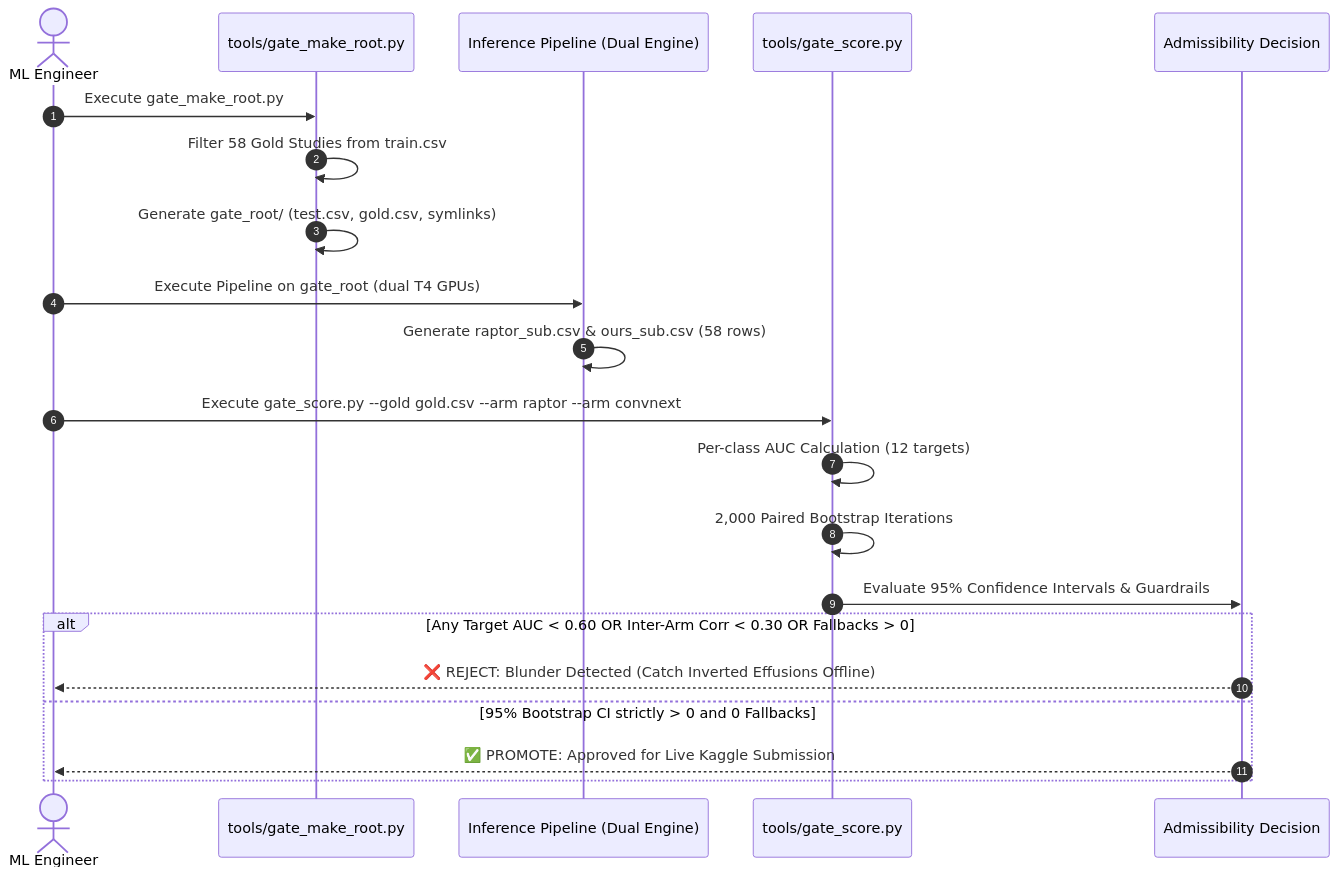
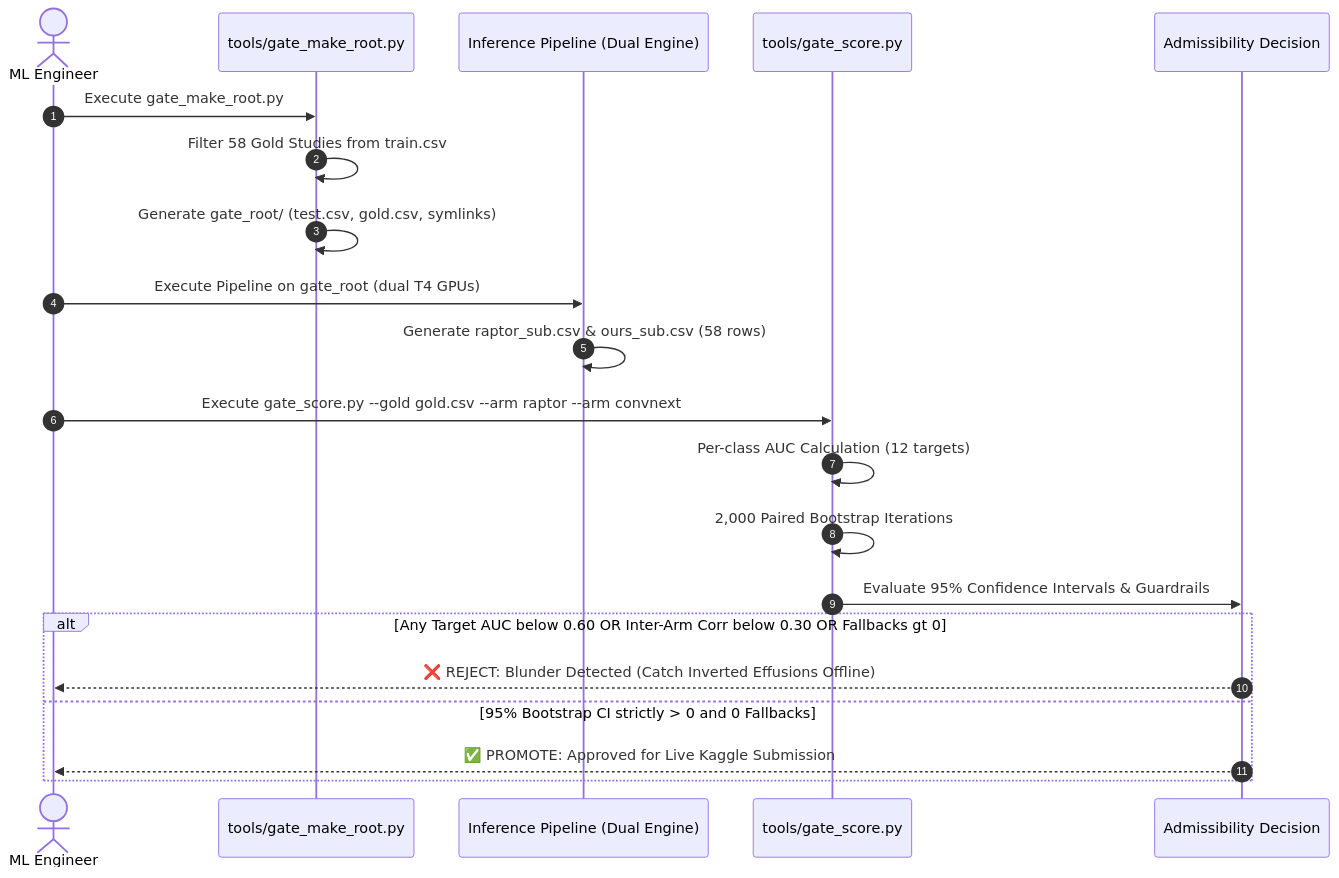
One commit to CYRUS-pinto/rsna-knee-26 changed the diagram in README.md. Above: the diagram before and after it, drawn with Mermaid. The commit also changed other lines of this file and 5 other files, not shown here.

Commit message:
fix(readme): embed svg architecture visualizer, sanitize mermaid syntax, and add companion docs for tools and v13

````diff
--- a/README.md
+++ b/README.md
@@ -162,24 +148,24 @@
 ```mermaid
 sequenceDiagram
     autonumber
     actor Dev as ML Engineer
     participant Root as tools/gate_make_root.py
     participant Pipe as Inference Pipeline (Dual Engine)
     participant Scorer as tools/gate_score.py
     participant Gate as Admissibility Decision
 
     Dev->>Root: Execute gate_make_root.py
     Root->>Root: Filter 58 Gold Studies from train.csv
     Root->>Root: Generate gate_root/ (test.csv, gold.csv, symlinks)
     Dev->>Pipe: Execute Pipeline on gate_root (dual T4 GPUs)
     Pipe->>Pipe: Generate raptor_sub.csv & ours_sub.csv (58 rows)
     Dev->>Scorer: Execute gate_score.py --gold gold.csv --arm raptor --arm convnext
     Scorer->>Scorer: Per-class AUC Calculation (12 targets)
     Scorer->>Scorer: 2,000 Paired Bootstrap Iterations
     Scorer->>Gate: Evaluate 95% Confidence Intervals & Guardrails
-    alt Any Target AUC < 0.60 OR Inter-Arm Corr < 0.30 OR Fallbacks > 0
+    alt Any Target AUC below 0.60 OR Inter-Arm Corr below 0.30 OR Fallbacks gt 0
         Gate-->>Dev: ❌ REJECT: Blunder Detected (Catch Inverted Effusions Offline)
     else 95% Bootstrap CI strictly > 0 and 0 Fallbacks
         Gate-->>Dev: ✅ PROMOTE: Approved for Live Kaggle Submission
     end
 ```
````
